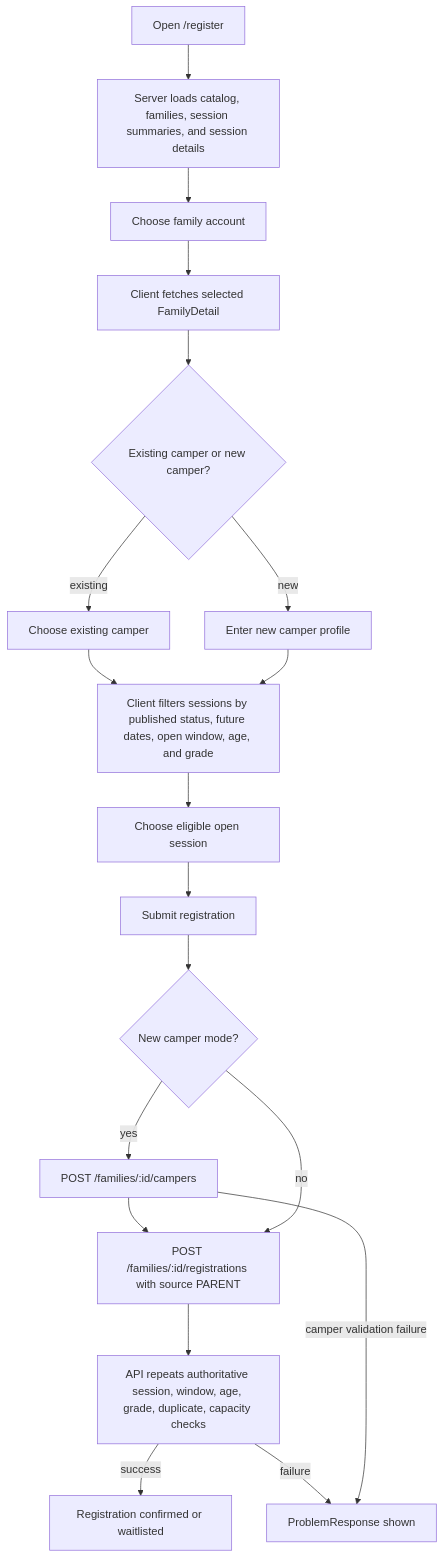
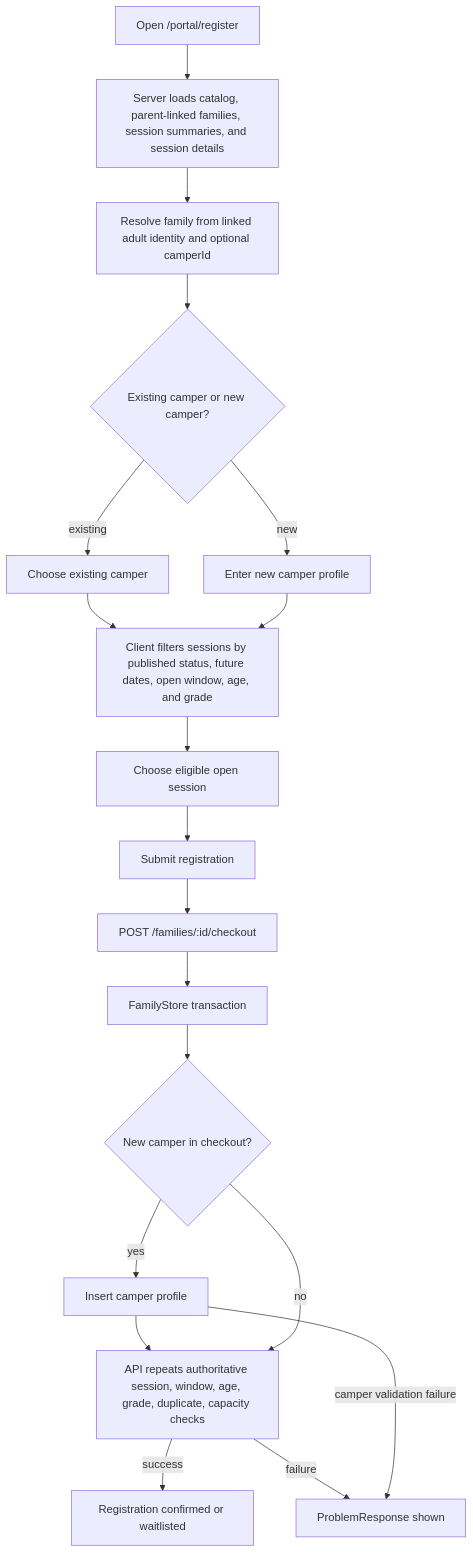
One commit to jrcarrera/camp-registration changed diagram 11 of 13 in docs/data-flow-and-process-flows.md. Above: the diagram before and after it, drawn with Mermaid. The commit also changed other lines of this file and 35 other files, not shown here.

First line of the commit message:
feat: enhance parent portal with family management and registration features

````diff
--- a/docs/data-flow-and-process-flows.md
+++ b/docs/data-flow-and-process-flows.md
@@ -587,30 +589,29 @@
 ```mermaid
 flowchart TD
-    page["Open /register"]
-    preload["Server loads catalog, families, session summaries, and session details"]
-    family["Choose family account"]
-    fetchFamily["Client fetches selected FamilyDetail"]
+    page["Open /portal/register"]
+    preload["Server loads catalog, parent-linked families, session summaries, and session details"]
+    family["Resolve family from linked adult identity and optional camperId"]
     mode{"Existing camper or new camper?"}
     existing["Choose existing camper"]
     newCamper["Enter new camper profile"]
     filter["Client filters sessions by published status, future dates, open window, age, and grade"]
     choose["Choose eligible open session"]
     submit["Submit registration"]
-    createCamper{"New camper mode?"}
-    camperPost["POST /families/:id/campers"]
-    regPost["POST /families/:id/registrations with source PARENT"]
+    checkout["POST /families/:id/checkout"]
+    tx["FamilyStore transaction"]
+    createCamper{"New camper in checkout?"}
+    insertCamper["Insert camper profile"]
     apiChecks["API repeats authoritative session, window, age, grade, duplicate, capacity checks"]
     saved["Registration confirmed or waitlisted"]
     error["ProblemResponse shown"]
 
-    page --> preload --> family --> fetchFamily --> mode
+    page --> preload --> family --> mode
     mode -->|"existing"| existing --> filter
     mode -->|"new"| newCamper --> filter
-    filter --> choose --> submit --> createCamper
-    createCamper -->|"yes"| camperPost --> regPost
-    createCamper -->|"no"| regPost
-    regPost --> apiChecks
+    filter --> choose --> submit --> checkout --> tx --> createCamper
+    createCamper -->|"yes"| insertCamper --> apiChecks
+    createCamper -->|"no"| apiChecks
     apiChecks -->|"success"| saved
     apiChecks -->|"failure"| error
-    camperPost -->|"camper validation failure"| error
+    insertCamper -->|"camper validation failure"| error
 ```
````
